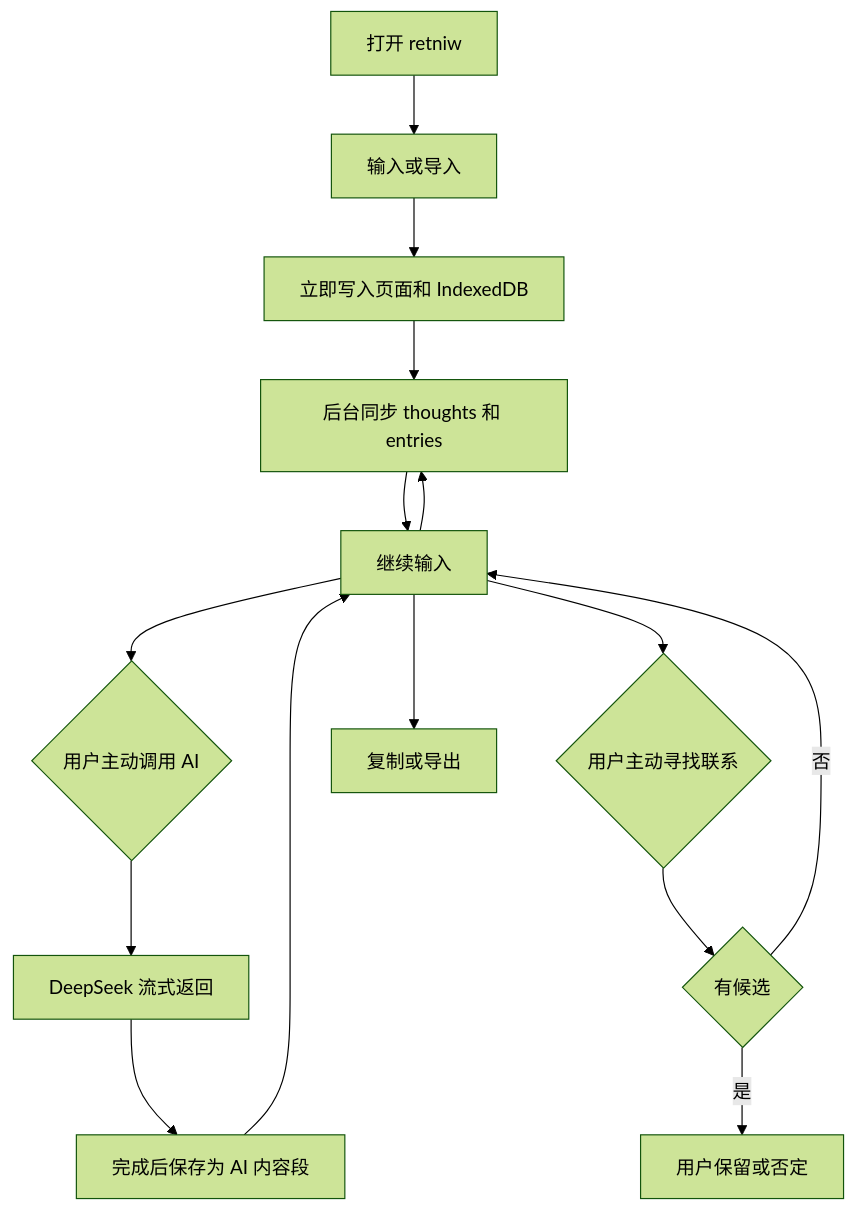
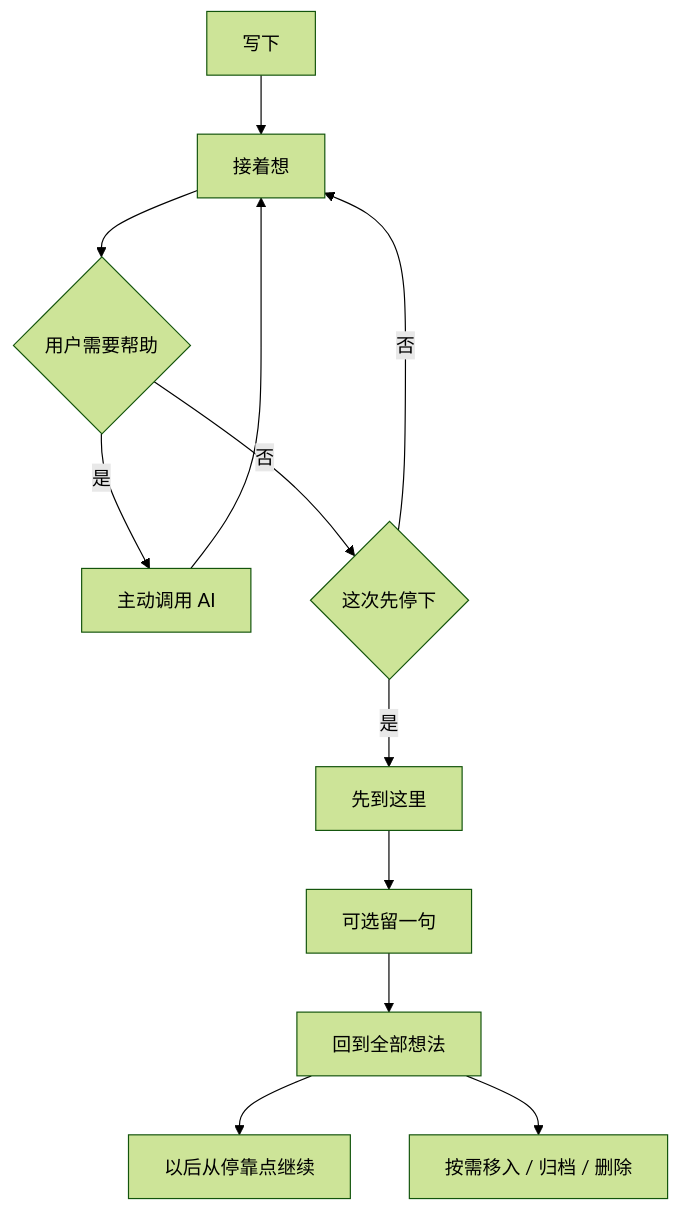
One commit to lazytsuki/retniw changed the diagram in TECH-DESIGN.md. Above: the diagram before and after it, drawn with Mermaid (forest theme). The commit also changed other lines of this file and 44 other files, not shown here.

````diff
--- a/TECH-DESIGN.md
+++ b/TECH-DESIGN.md
@@ -45,17 +38,14 @@
 ```mermaid
 flowchart TD
-    A[打开 retniw] --> B[输入或导入]
-    B --> C[立即写入页面和 IndexedDB]
-    C --> D[后台同步 thoughts 和 entries]
-    D --> E[继续输入]
-    E --> D
-    E --> G{用户主动调用 AI}
-    G --> H[DeepSeek 流式返回]
-    H --> I[完成后保存为 AI 内容段]
-    I --> E
-    E --> F{用户主动寻找联系}
-    F --> J{有候选}
-    J -->|是| K[用户保留或否定]
-    J -->|否| E
-    E --> L[复制或导出]
+    A[写下] --> B[接着想]
+    B --> C{用户需要帮助}
+    C -->|是| D[主动调用 AI]
+    D --> B
+    C -->|否| E{这次先停下}
+    E -->|否| B
+    E -->|是| F[先到这里]
+    F --> G[可选留一句]
+    G --> H[回到全部想法]
+    H --> I[以后从停靠点继续]
+    H --> J[按需移入 / 归档 / 删除]
 ```
````
